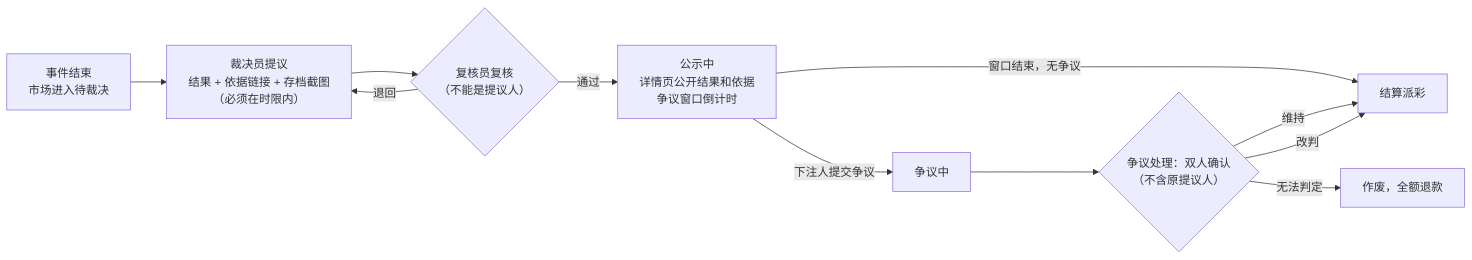
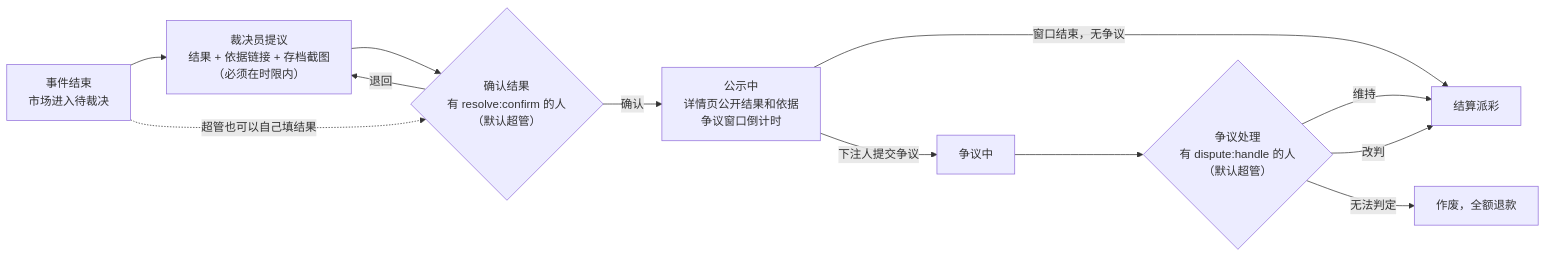
The third of 5 diagrams in 需求文档/v1-需求说明书.md (dollar3651314/forecast), drawn with Mermaid before and after one commit. The commit also changed other lines of this file and 6 other files, not shown here.

````diff
--- a/需求文档/v1-需求说明书.md
+++ b/需求文档/v1-需求说明书.md
@@ -443,13 +450,14 @@
 ```mermaid
 flowchart LR
     E["事件结束<br/>市场进入待裁决"] --> P["裁决员提议<br/>结果 + 依据链接 + 存档截图<br/>（必须在时限内）"]
-    P --> R{"复核员复核<br/>（不能是提议人）"}
+    P --> R{"确认结果<br/>有 resolve:confirm 的人<br/>（默认超管）"}
+    E -. "超管也可以自己填结果" .-> R
     R -- 退回 --> P
-    R -- 通过 --> G["公示中<br/>详情页公开结果和依据<br/>争议窗口倒计时"]
+    R -- 确认 --> G["公示中<br/>详情页公开结果和依据<br/>争议窗口倒计时"]
     G -- "窗口结束，无争议" --> S["结算派彩"]
     G -- "下注人提交争议" --> D["争议中"]
-    D --> H{"争议处理：双人确认<br/>（不含原提议人）"}
+    D --> H{"争议处理<br/>有 dispute:handle 的人<br/>（默认超管）"}
     H -- 维持 --> S
     H -- 改判 --> S
     H -- 无法判定 --> V["作废，全额退款"]
 ```
````
